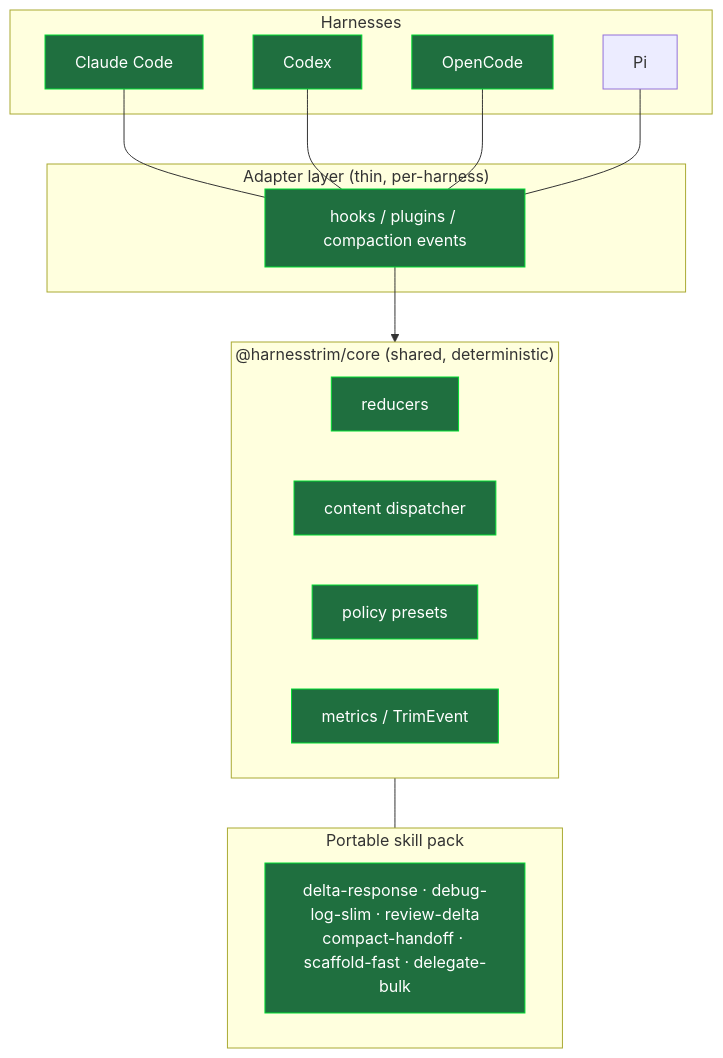
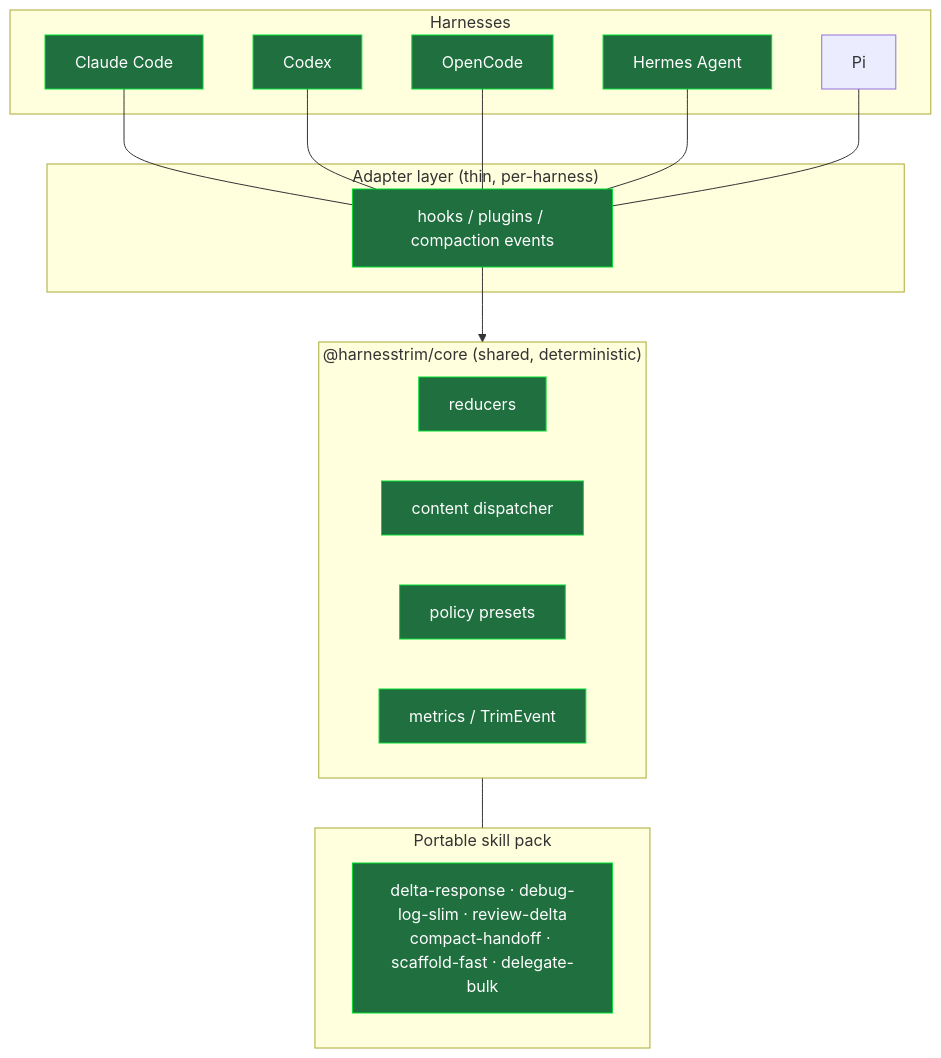
One commit to giuliastro/HarnessTrim changed the first of 5 diagrams in README.md. Above: the diagram before and after it, drawn with Mermaid. The commit also changed other lines of this file and 2 other files, not shown here.

First line of the commit message:
docs: mark Hermes Agent adapter as live-verified + add to README harness list

````diff
--- a/README.md
+++ b/README.md
@@ -42,34 +42,36 @@
 ```mermaid
 flowchart TB
     subgraph Harnesses
         CC[Claude Code]
         CX[Codex]
         OC[OpenCode]
+        HM[Hermes Agent]
         PI[Pi]
     end
 
     subgraph Adapters["Adapter layer (thin, per-harness)"]
         A1[hooks / plugins / compaction events]
     end
 
     subgraph Core["@harnesstrim/core (shared, deterministic)"]
         R[reducers]
         D[content dispatcher]
         P[policy presets]
         M[metrics / TrimEvent]
     end
 
     subgraph Skills["Portable skill pack"]
         S[delta-response · debug-log-slim · review-delta<br/>compact-handoff · scaffold-fast · delegate-bulk]
     end
 
     CC --- A1
     CX --- A1
     OC --- A1
+    HM --- A1
     PI --- A1
     A1 --> Core
     Core --- Skills
 
     classDef done fill:#1f6f3f,stroke:#0d3,color:#fff;
-    class CC,CX,OC,A1,R,D,P,M,S done;
+    class CC,CX,OC,HM,A1,R,D,P,M,S done;
 ```
````
